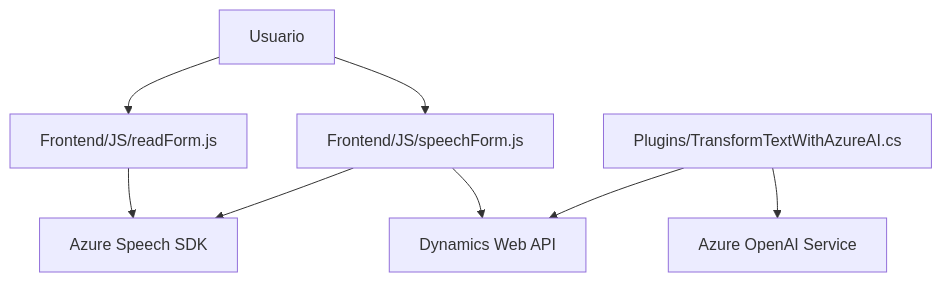
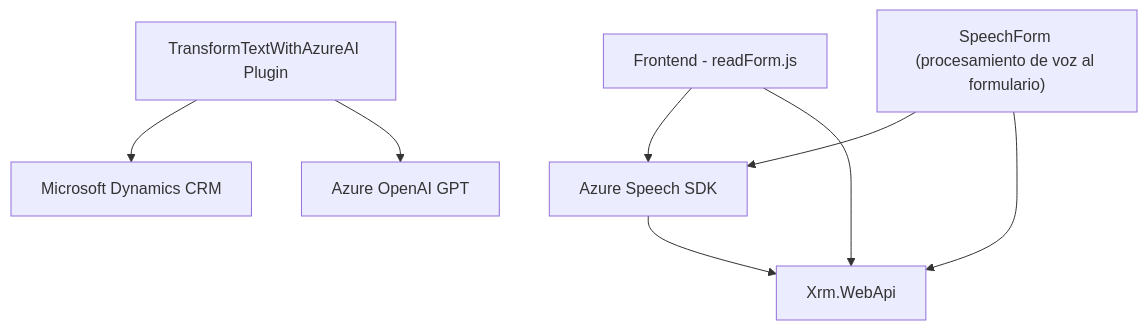
The diagram in README.md (blopezdm/NETCORE_BILBAO2025), drawn with Mermaid before and after one commit. The commit also changed other lines of this file, not shown here.

````diff
--- a/README.md
+++ b/README.md
@@ -64,10 +37,18 @@
 ```mermaid
 graph TD
-    A["Usuario"] --> B["Frontend/JS/readForm.js"]
-    A --> C["Frontend/JS/speechForm.js"]
-    B --> D["Azure Speech SDK"]
+    A["Azure Speech SDK"]
+    B["SpeechForm (procesamiento de voz al formulario)"]
+    C["TransformTextWithAzureAI Plugin"]
+    D["Microsoft Dynamics CRM"]
+    E["Azure OpenAI GPT"]
+    F["Frontend - readForm.js"]
+    G["Xrm.WebApi"]
+
+    F --> A
+    F --> G
+    A --> G
+    B --> A
+    B --> G
     C --> D
-    C --> E["Dynamics Web API"]
-    F["Plugins/TransformTextWithAzureAI.cs"] --> E
-    F --> G["Azure OpenAI Service"]
+    C --> E
 ```
````
